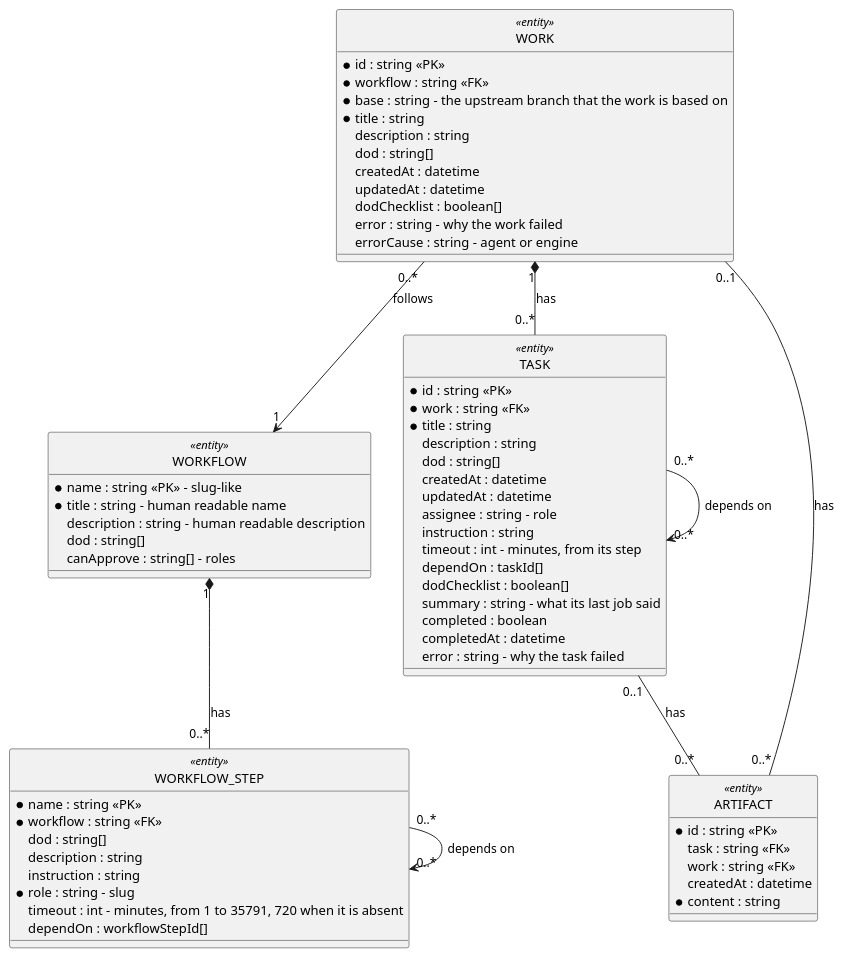
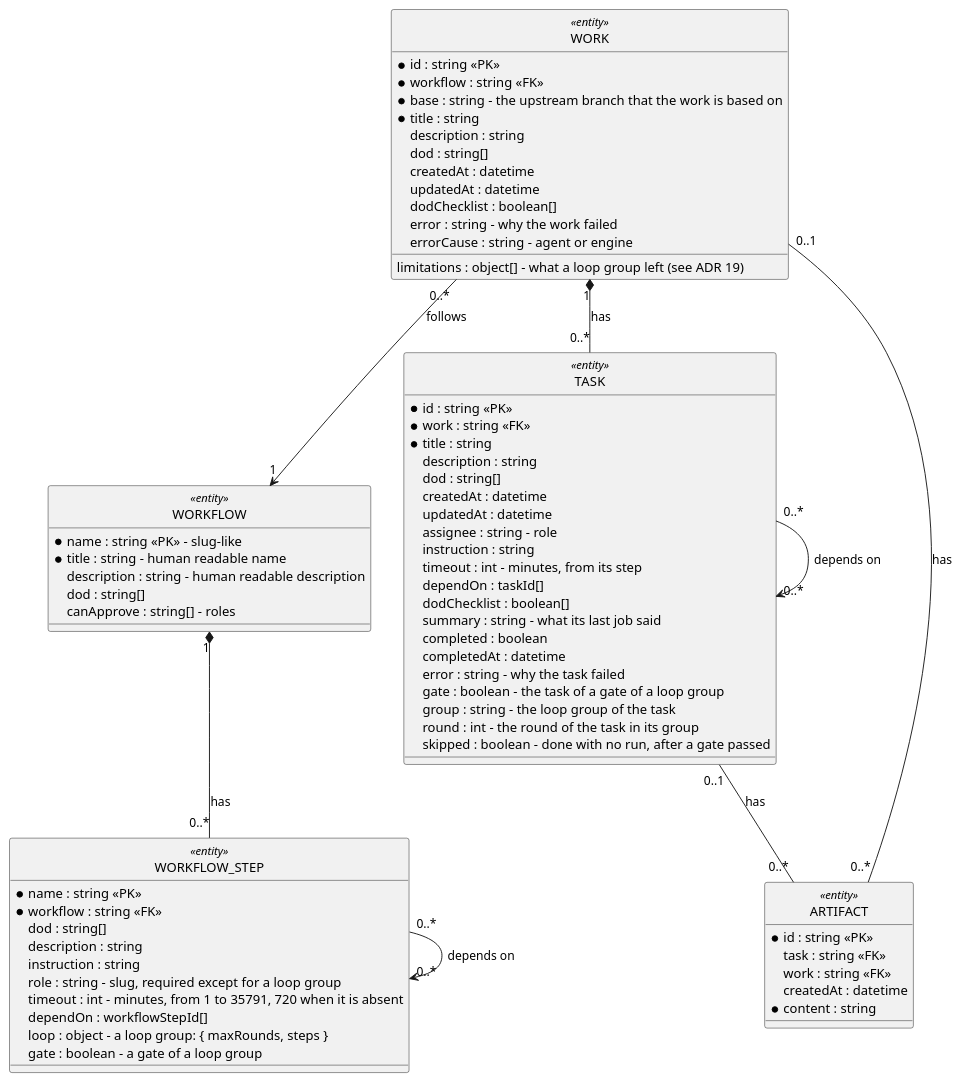
The diagram in docs/08_concepts/storage/storage.md (longlh/superteam), drawn with PlantUML before and after one commit. The commit also changed other lines of this file and 36 other files, not shown here.

First line of the commit message:
Let a workflow repeat a group of steps until a gate passes

````diff
--- a/docs/08_concepts/storage/storage.md
+++ b/docs/08_concepts/storage/storage.md
@@ -30,73 +30,80 @@
 ```plantuml
 @startuml
 hide circle
 
 class WORKFLOW <<entity>> {
   * name : string <<PK>> - slug-like
   * title : string - human readable name
   description : string - human readable description
   dod : string[]
   canApprove : string[] - roles
 }
 
 class WORKFLOW_STEP <<entity>> {
   * name : string <<PK>>
   * workflow : string <<FK>>
   dod : string[]
   description : string
   instruction : string
-  * role : string - slug
+  role : string - slug, required except for a loop group
   timeout : int - minutes, from 1 to 35791, 720 when it is absent
   dependOn : workflowStepId[]
+  loop : object - a loop group: { maxRounds, steps }
+  gate : boolean - a gate of a loop group
 }
 
 class WORK <<entity>> {
   * id : string <<PK>>
   * workflow : string <<FK>>
   * base : string - the upstream branch that the work is based on
   * title : string
   description : string
   dod : string[]
   createdAt : datetime
   updatedAt : datetime
   dodChecklist : boolean[]
   error : string - why the work failed
   errorCause : string - agent or engine
+  limitations : object[] - what a loop group left (see ADR 19)
 }
 
 class TASK <<entity>> {
   * id : string <<PK>>
   * work : string <<FK>>
   * title : string
   description : string
   dod : string[]
   createdAt : datetime
   updatedAt : datetime
   assignee : string - role
   instruction : string
   timeout : int - minutes, from its step
   dependOn : taskId[]
   dodChecklist : boolean[]
   summary : string - what its last job said
   completed : boolean
   completedAt : datetime
   error : string - why the task failed
+  gate : boolean - the task of a gate of a loop group
+  group : string - the loop group of the task
+  round : int - the round of the task in its group
+  skipped : boolean - done with no run, after a gate passed
 }
 
 class ARTIFACT <<entity>> {
   * id : string <<PK>>
   task : string <<FK>>
   work : string <<FK>>
   createdAt : datetime
   * content : string
 }
 
 WORKFLOW "1" *-- "0..*" WORKFLOW_STEP : has
 WORKFLOW_STEP "0..*" --> "0..*" WORKFLOW_STEP : depends on
 WORK "0..*" --> "1" WORKFLOW : follows
 WORK "1" *-- "0..*" TASK : has
 TASK "0..*" --> "0..*" TASK : depends on
 TASK "0..1" -- "0..*" ARTIFACT : has
 WORK "0..1" -- "0..*" ARTIFACT : has
 @enduml
 ```
````
